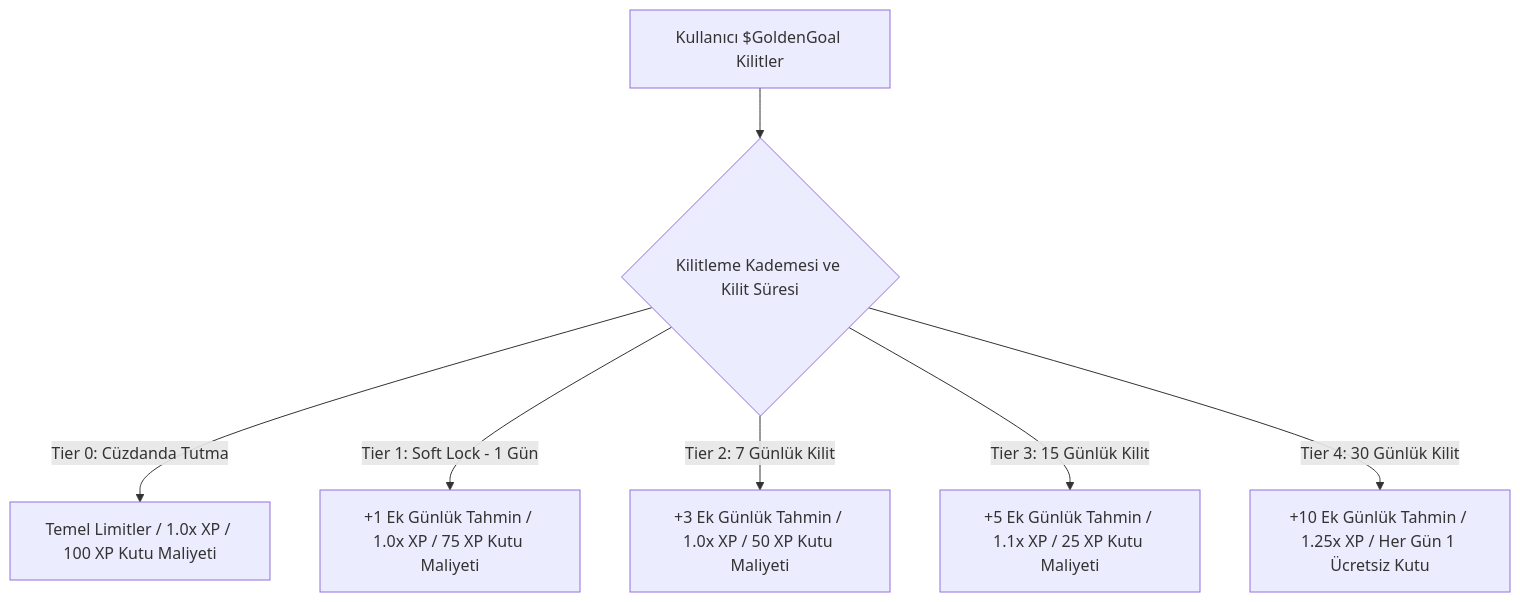
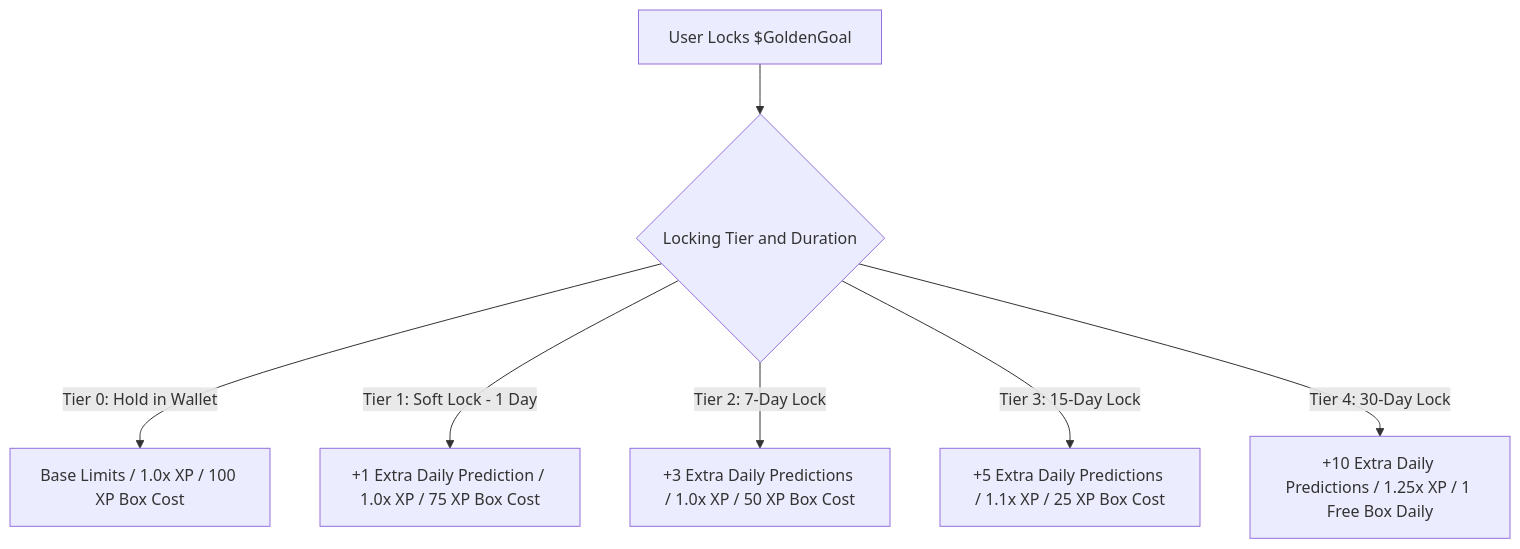
One commit to goalgolden2026-hub/Golden-Goal changed the diagram in WHITEPAPER.md. Above: the diagram before and after it, drawn with Mermaid. The commit also changed other lines of this file and 10 other files, not shown here.

````diff
--- a/WHITEPAPER.md
+++ b/WHITEPAPER.md
@@ -84,9 +84,9 @@
 ```mermaid
 graph TD
-    A[Kullanıcı $GoldenGoal Kilitler] --> B{Kilitleme Kademesi ve Kilit Süresi}
-    B -->|Tier 0: Cüzdanda Tutma| C[Temel Limitler / 1.0x XP / 100 XP Kutu Maliyeti]
-    B -->|Tier 1: Soft Lock - 1 Gün| D[+1 Ek Günlük Tahmin / 1.0x XP / 75 XP Kutu Maliyeti]
-    B -->|Tier 2: 7 Günlük Kilit| E[+3 Ek Günlük Tahmin / 1.0x XP / 50 XP Kutu Maliyeti]
-    B -->|Tier 3: 15 Günlük Kilit| F[+5 Ek Günlük Tahmin / 1.1x XP / 25 XP Kutu Maliyeti]
-    B -->|Tier 4: 30 Günlük Kilit| G[+10 Ek Günlük Tahmin / 1.25x XP / Her Gün 1 Ücretsiz Kutu]
+    A[User Locks $GoldenGoal] --> B{Locking Tier and Duration}
+    B -->|Tier 0: Hold in Wallet| C[Base Limits / 1.0x XP / 100 XP Box Cost]
+    B -->|Tier 1: Soft Lock - 1 Day| D[+1 Extra Daily Prediction / 1.0x XP / 75 XP Box Cost]
+    B -->|Tier 2: 7-Day Lock| E[+3 Extra Daily Predictions / 1.0x XP / 50 XP Box Cost]
+    B -->|Tier 3: 15-Day Lock| F[+5 Extra Daily Predictions / 1.1x XP / 25 XP Box Cost]
+    B -->|Tier 4: 30-Day Lock| G[+10 Extra Daily Predictions / 1.25x XP / 1 Free Box Daily]
 ```
````
